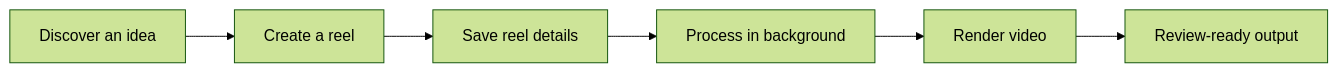
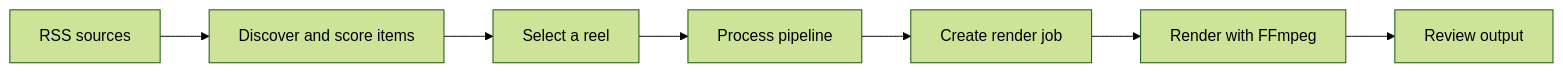
One commit to hemanth-kumar-boddeda/Ai-Reel-Factory changed the first of 2 diagrams in README.md. Above: the diagram before and after it, drawn with Mermaid (forest theme). The commit also changed other lines of this file, not shown here.

````diff
--- a/README.md
+++ b/README.md
@@ -27,8 +42,9 @@
 ```mermaid
 flowchart LR
-    A[Discover an idea] --> B[Create a reel]
-    B --> C[Save reel details]
-    C --> D[Process in background]
-    D --> E[Render video]
-    E --> F[Review-ready output]
+    A[RSS sources] --> B[Discover and score items]
+    B --> C[Select a reel]
+    C --> D[Process pipeline]
+    D --> E[Create render job]
+    E --> F[Render with FFmpeg]
+    F --> G[Review output]
 ```
````
